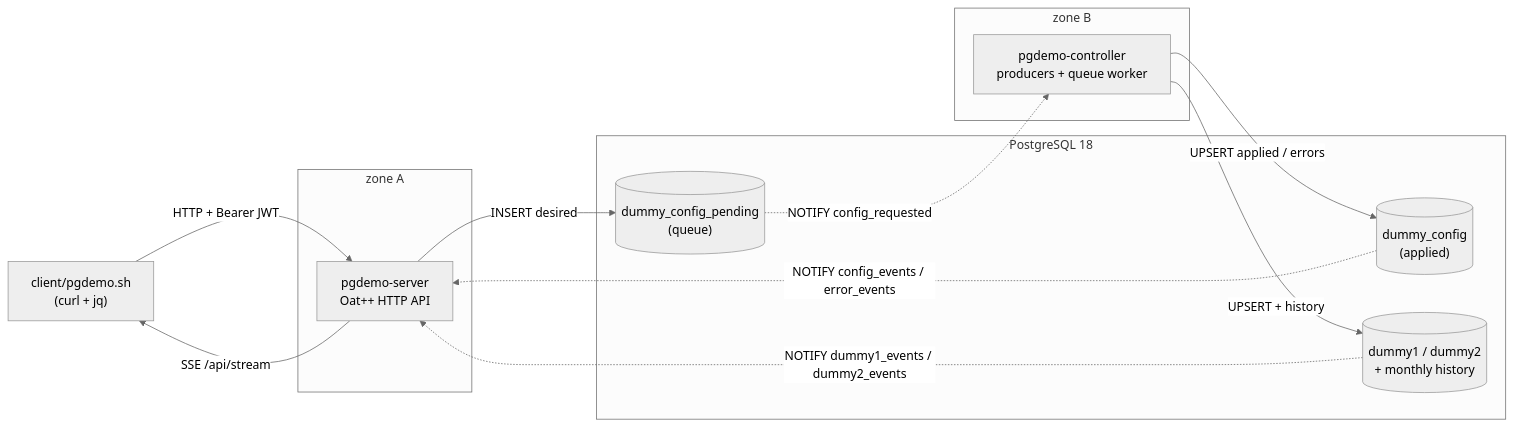
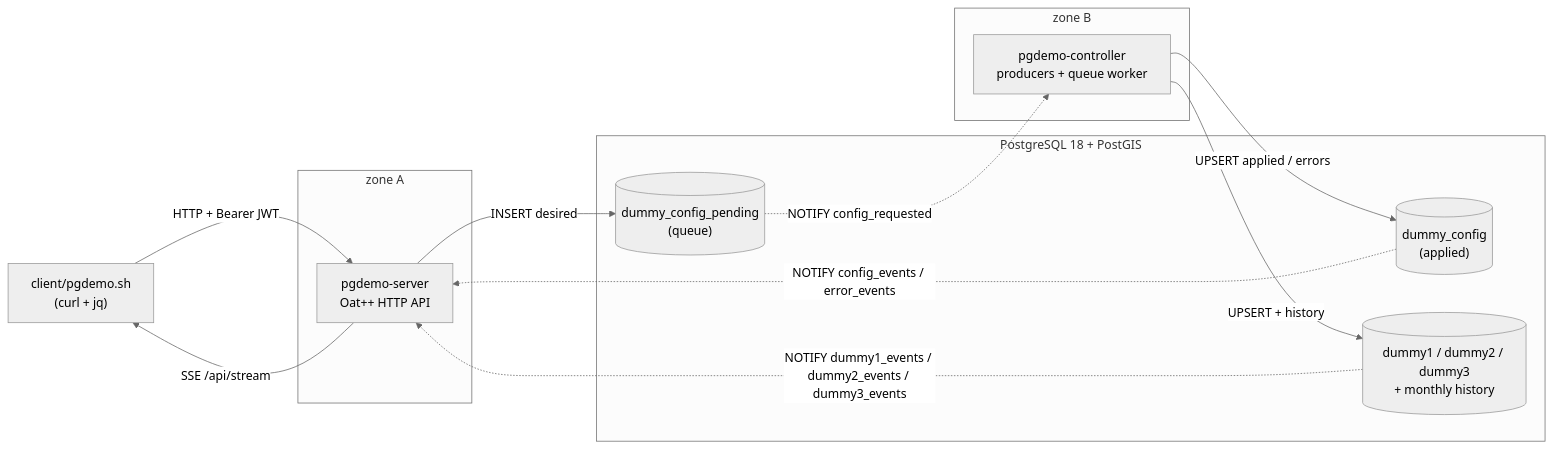
The diagram in README.md (jgmatu/postgresql), drawn with Mermaid (neutral theme) before and after one commit. The commit also changed other lines of this file and 23 other files, not shown here.

First line of the commit message:
Add a PostGIS GPS track as dummy3, with the same history and SSE path as the other tables.

````diff
--- a/README.md
+++ b/README.md
@@ -13,24 +14,24 @@
 ```mermaid
 flowchart LR
     client["client/pgdemo.sh<br/>(curl + jq)"]
     subgraph zoneA["zone A"]
         server["pgdemo-server<br/>Oat++ HTTP API"]
     end
-    subgraph db["PostgreSQL 18"]
+    subgraph db["PostgreSQL 18 + PostGIS"]
         queue[("dummy_config_pending<br/>(queue)")]
         applied[("dummy_config<br/>(applied)")]
-        data[("dummy1 / dummy2<br/>+ monthly history")]
+        data[("dummy1 / dummy2 / dummy3<br/>+ monthly history")]
     end
     subgraph zoneB["zone B"]
         controller["pgdemo-controller<br/>producers + queue worker"]
     end
 
     client -- "HTTP + Bearer JWT" --> server
     server -- "INSERT desired" --> queue
     queue -. "NOTIFY config_requested" .-> controller
     controller -- "UPSERT applied / errors" --> applied
     applied -. "NOTIFY config_events / error_events" .-> server
     controller -- "UPSERT + history" --> data
-    data -. "NOTIFY dummy1_events / dummy2_events" .-> server
+    data -. "NOTIFY dummy1_events / dummy2_events / dummy3_events" .-> server
     server -- "SSE /api/stream" --> client
 ```
````
